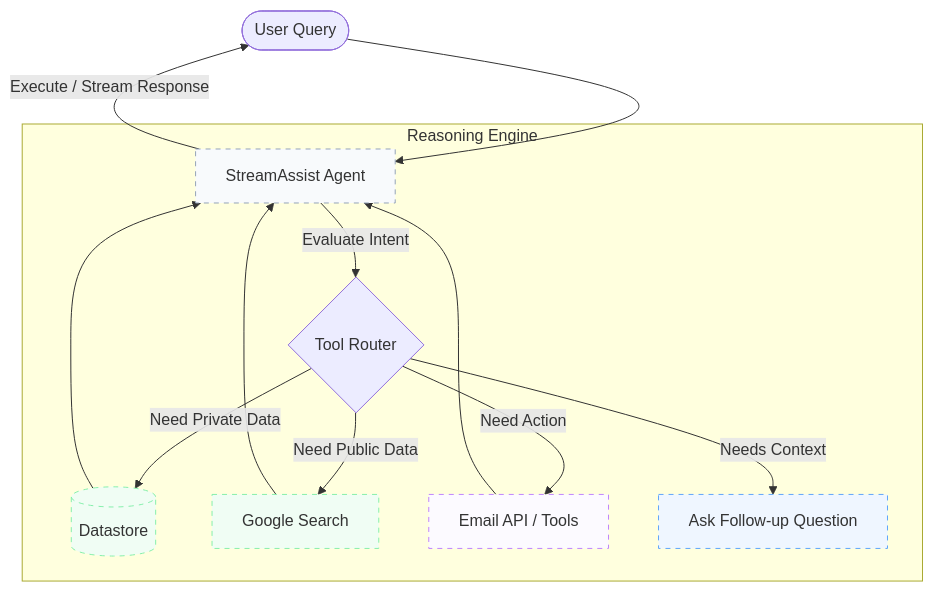
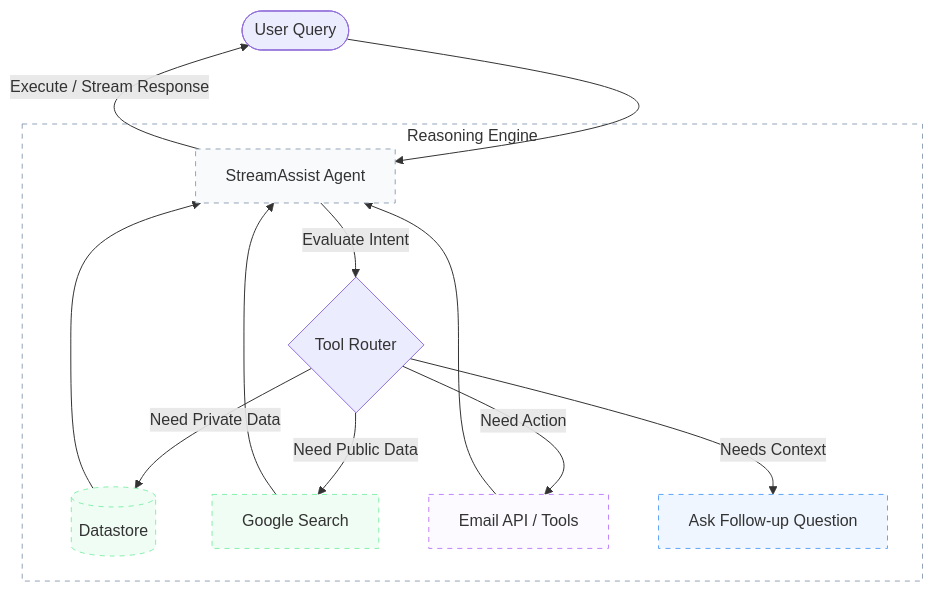
The second of 2 diagrams in gemini-cli/ge_api_lab/README.md (jchavezar/vertex-ai-samples), drawn with Mermaid before and after one commit.

Commit message:
docs(ge_api_lab): remove background color from second mermaid diagram container

````diff
--- a/gemini-cli/ge_api_lab/README.md
+++ b/gemini-cli/ge_api_lab/README.md
@@ -52,24 +52,25 @@
 ```mermaid
 graph TD
     User([User Query]) --> Agent[StreamAssist Agent]
     
-    subgraph Reasoning Engine
+    subgraph RE [Reasoning Engine]
         Agent -->|Evaluate Intent| Router{Tool Router}
         Router -->|Need Private Data| DS[(Datastore)]
         Router -->|Need Public Data| Web[Google Search]
         Router -->|Need Action| Tool[Email API / Tools]
         Router -->|Needs Context| AskBack[Ask Follow-up Question]
     end
     
     DS --> Agent
     Web --> Agent
     Tool --> Agent
     
     Agent -->|Execute / Stream Response| User
 
     style Agent fill:#f8fafc,stroke:#94a3b8,stroke-width:1px,stroke-dasharray: 5 5
     style DS fill:#f0fdf4,stroke:#86efac,stroke-width:1px,stroke-dasharray: 5 5
     style Web fill:#f0fdf4,stroke:#86efac,stroke-width:1px,stroke-dasharray: 5 5
     style Tool fill:#fcfaff,stroke:#c084fc,stroke-width:1px,stroke-dasharray: 5 5
     style AskBack fill:#eff6ff,stroke:#60a5fa,stroke-width:1px,stroke-dasharray: 5 5
+    style RE fill:transparent,stroke:#94a3b8,stroke-dasharray: 5 5
 ```
````
